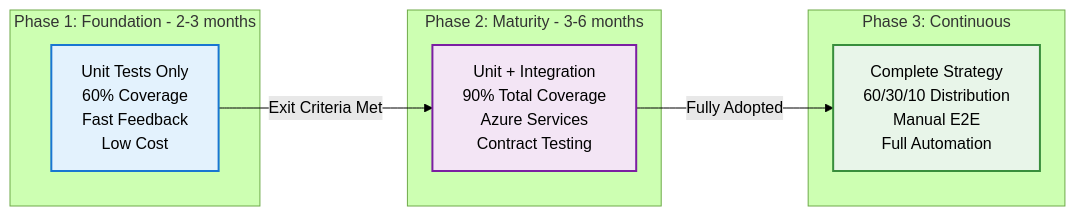
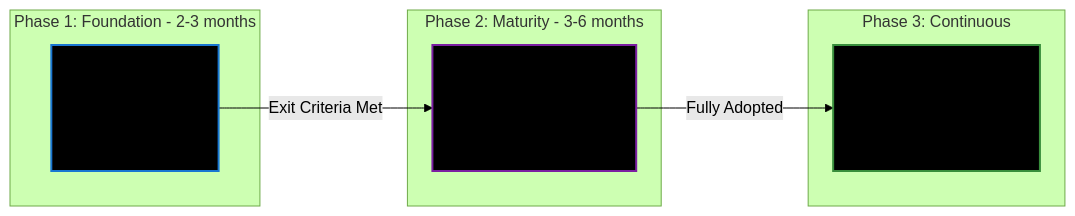
The second of 8 diagrams in AUTOMATION_TESTING_STANDARD.md (mojtaba-rezaei/testing-strategy), drawn with Mermaid (forest theme) before and after one commit. The commit also changed other lines of this file and 1 other file, not shown here.

````diff
--- a/AUTOMATION_TESTING_STANDARD.md
+++ b/AUTOMATION_TESTING_STANDARD.md
@@ -261,21 +217,21 @@
 ```mermaid
 graph LR
     subgraph Phase 1: Foundation - 2-3 months
     P1[Unit Tests Only<br/>60% Coverage<br/>Fast Feedback<br/>Low Cost]
     end
-    
+
     subgraph Phase 2: Maturity - 3-6 months
     P2[Unit + Integration<br/>90% Total Coverage<br/>Azure Services<br/>Contract Testing]
     end
-    
+
     subgraph Phase 3: Continuous
-    P3[Complete Strategy<br/>60/30/10 Distribution<br/>Manual E2E<br/>Full Automation]
+    P3[Complete Strategy<br/>60/30/10 Distribution<br/>Automated E2E<br/>Full Automation]
     end
-    
+
     P1 -->|Exit Criteria Met| P2
     P2 -->|Fully Adopted| P3
-    
-    style P1 fill:#e3f2fd,stroke:#1976d2,stroke-width:2px
-    style P2 fill:#f3e5f5,stroke:#7b1fa2,stroke-width:2px
-    style P3 fill:#e8f5e9,stroke:#388e3c,stroke-width:2px
+
+    style P1 fill:#000000,stroke:#1976d2,stroke-width:2px
+    style P2 fill:#000000,stroke:#7b1fa2,stroke-width:2px
+    style P3 fill:#000000,stroke:#388e3c,stroke-width:2px
 ```
````
